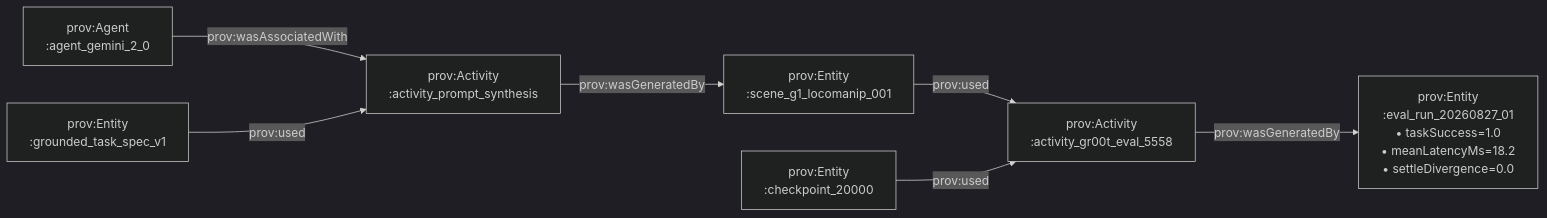
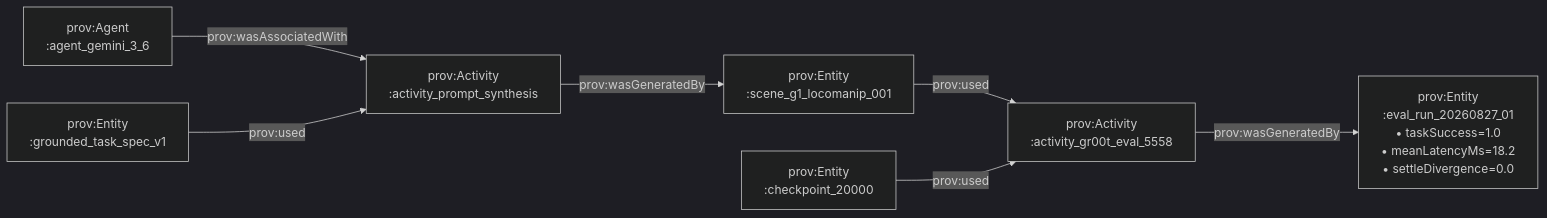
One commit to boredengineering/IsaacLab-Arena changed the third of 6 diagrams in .agents/references/agentic_env_generation/rdf_star_lpg_provo_plan.md. Above: the diagram before and after it, drawn with Mermaid (dark theme). The commit also changed other lines of this file and 20 other files, not shown here.

````diff
--- a/.agents/references/agentic_env_generation/rdf_star_lpg_provo_plan.md
+++ b/.agents/references/agentic_env_generation/rdf_star_lpg_provo_plan.md
@@ -352,10 +248,10 @@
 ```mermaid
 flowchart LR
-    AGENT["prov:Agent\n:agent_gemini_2_0"] -->|prov:wasAssociatedWith| ACT1["prov:Activity\n:activity_prompt_synthesis"]
+    AGENT["prov:Agent\n:agent_gemini_3_6"] -->|prov:wasAssociatedWith| ACT1["prov:Activity\n:activity_prompt_synthesis"]
     SPEC["prov:Entity\n:grounded_task_spec_v1"] -->|prov:used| ACT1
     ACT1 -->|prov:wasGeneratedBy| SCENE["prov:Entity\n:scene_g1_locomanip_001"]
     
     SCENE -->|prov:used| ACT2["prov:Activity\n:activity_gr00t_eval_5558"]
     POLICY["prov:Entity\n:checkpoint_20000"] -->|prov:used| ACT2
     ACT2 -->|prov:wasGeneratedBy| EVAL["prov:Entity\n:eval_run_20260827_01\n• taskSuccess=1.0\n• meanLatencyMs=18.2\n• settleDivergence=0.0"]
 ```
````
